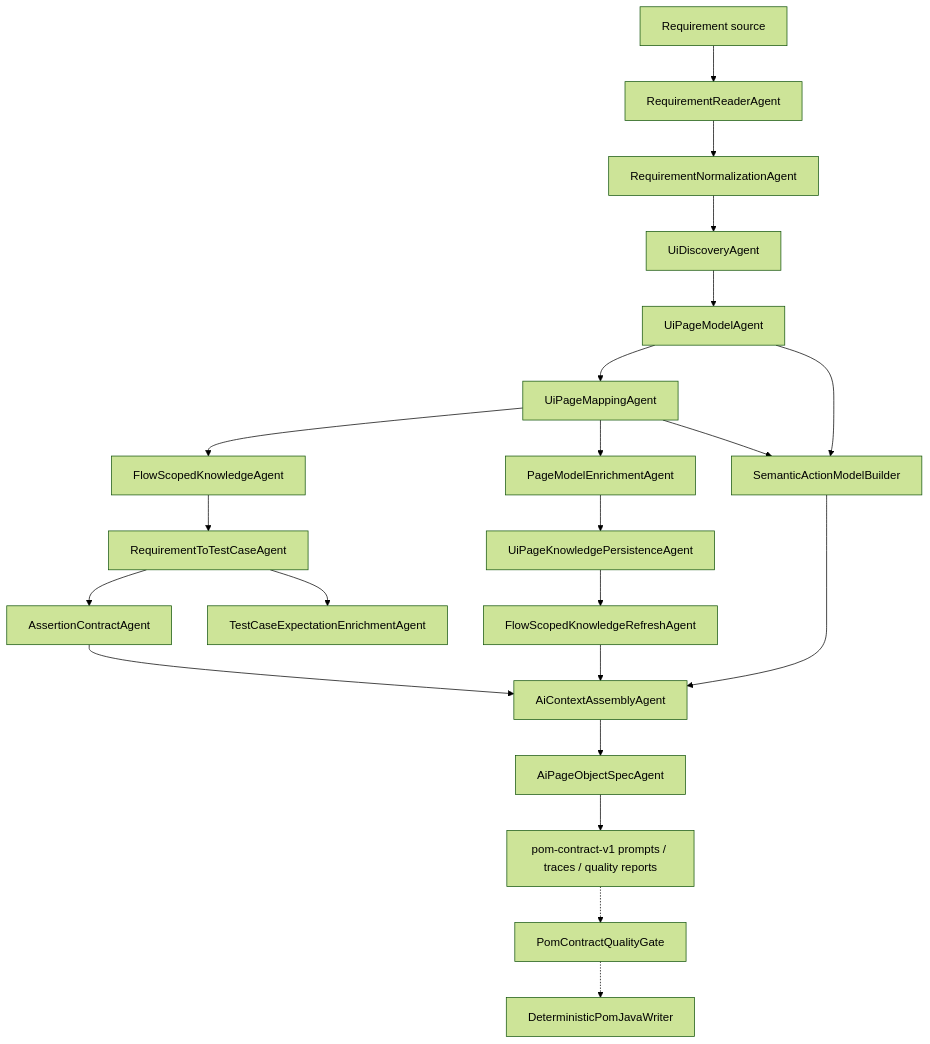
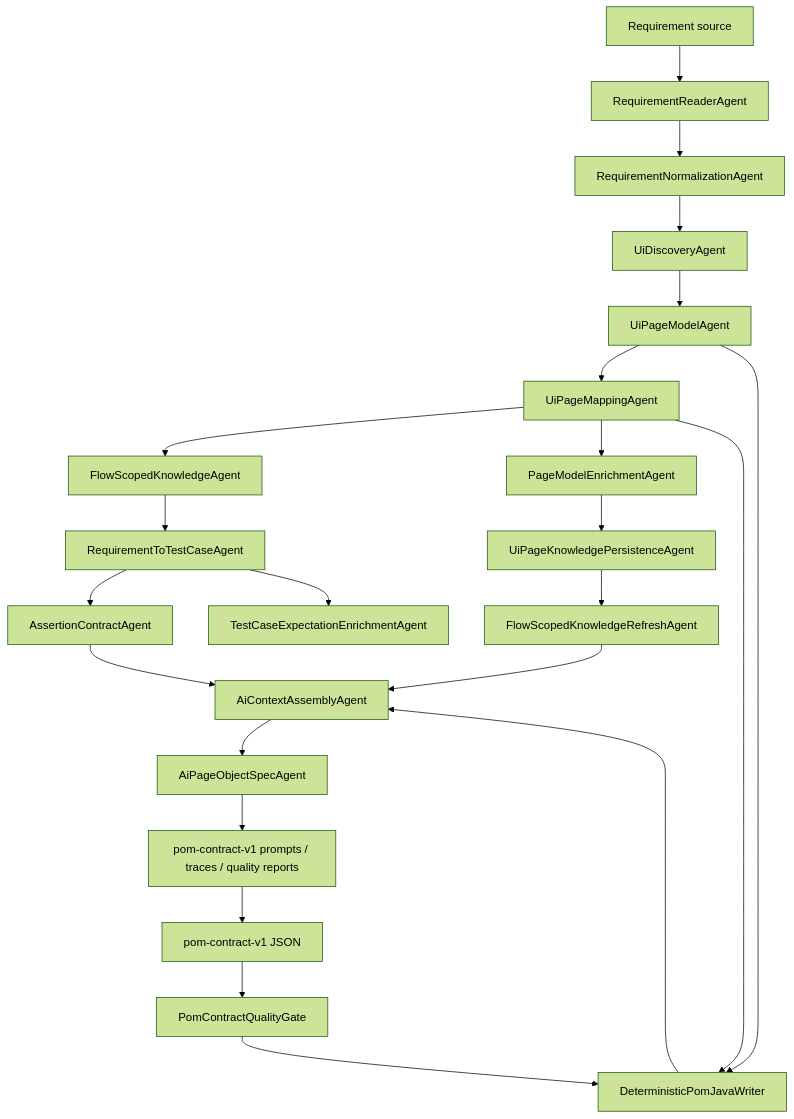
Before and after one commit to PKrasytskyi/AQAI: the first of 2 diagrams in docs/PROJECT_GUIDE.md, drawn with Mermaid (forest theme). The commit also changed other lines of this file and 138 other files, not shown here.

````diff
--- a/docs/PROJECT_GUIDE.md
+++ b/docs/PROJECT_GUIDE.md
@@ -38,24 +38,25 @@
 ```mermaid
 flowchart TD
     A["Requirement source"] --> B["RequirementReaderAgent"]
     B --> C["RequirementNormalizationAgent"]
     C --> D["UiDiscoveryAgent"]
     D --> E["UiPageModelAgent"]
     E --> F["UiPageMappingAgent"]
     F --> G["FlowScopedKnowledgeAgent"]
     G --> H["RequirementToTestCaseAgent"]
     H --> I["AssertionContractAgent"]
     H --> J["TestCaseExpectationEnrichmentAgent"]
     F --> K["PageModelEnrichmentAgent"]
     K --> L["UiPageKnowledgePersistenceAgent"]
     L --> M["FlowScopedKnowledgeRefreshAgent"]
     I --> N["AiContextAssemblyAgent"]
     M --> N
     E --> S["SemanticActionModelBuilder"]
     F --> S
     S --> N
     N --> O["AiPageObjectSpecAgent"]
     O --> P["pom-contract-v1 prompts / traces / quality reports"]
-    P -.-> Q["PomContractQualityGate"]
-    Q -.-> R["DeterministicPomJavaWriter"]
+    P --> Q["pom-contract-v1 JSON"]
+    Q --> R["PomContractQualityGate"]
+    R --> S["DeterministicPomJavaWriter"]
 ```
````
